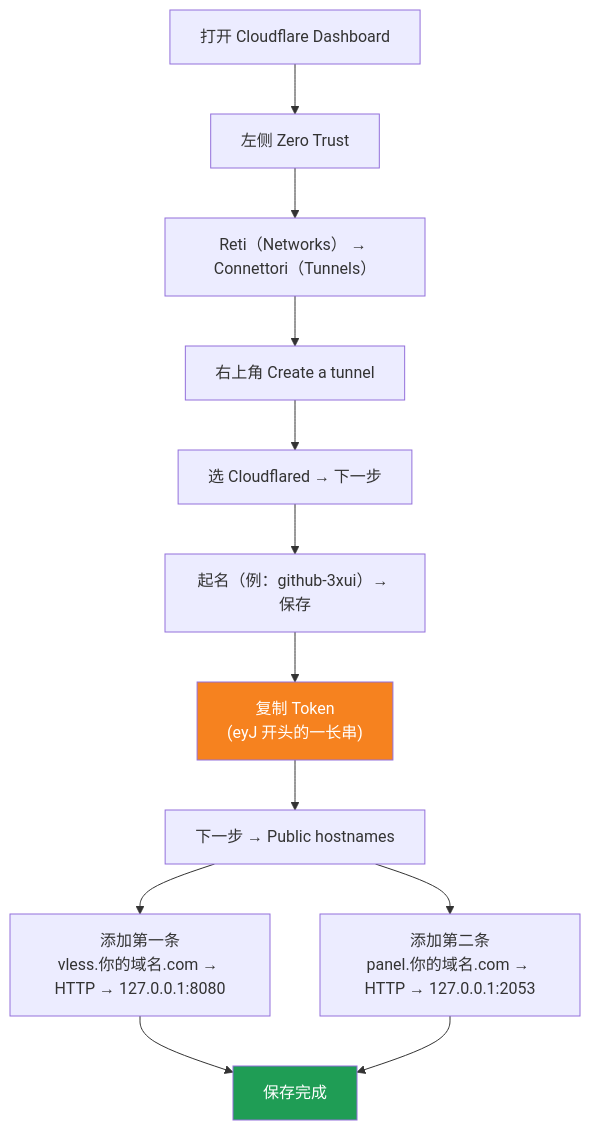
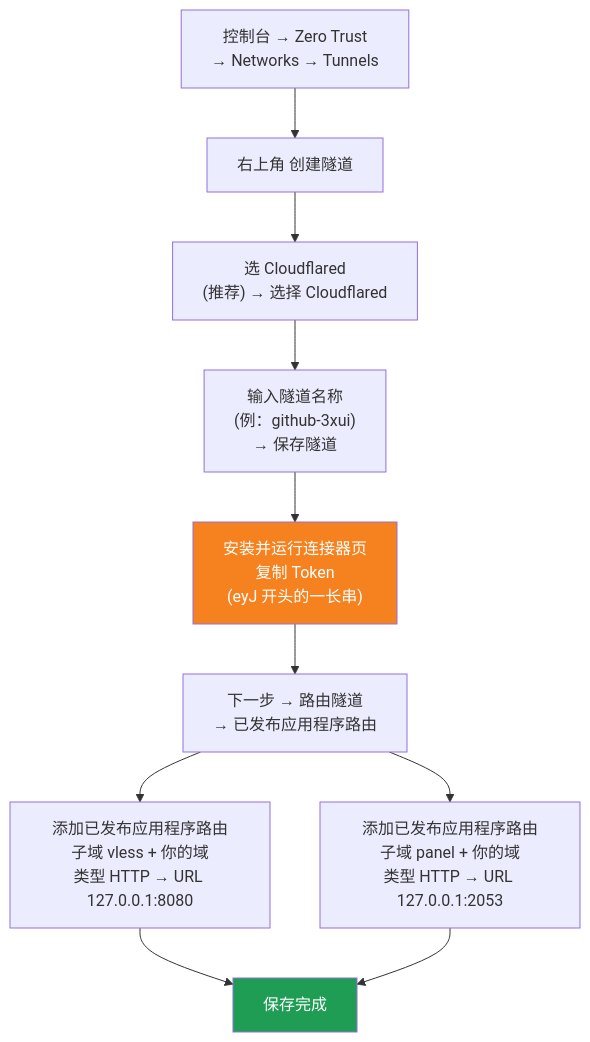
The third of 3 diagrams in README.it.md (1246437945/cloud-3xui), drawn with Mermaid before and after one commit. The commit also changed other lines of this file, not shown here.

````diff
--- a/README.it.md
+++ b/README.it.md
@@ -72,17 +72,15 @@
 ```mermaid
 flowchart TD
-    A["打开 Cloudflare Dashboard"] --> B["左侧 Zero Trust"]
-    B --> C["Reti（Networks） → Connettori（Tunnels）"]
-    C --> D["右上角 Create a tunnel"]
-    D --> E["选 Cloudflared → 下一步"]
-    E --> F["起名（例：github-3xui）→ 保存"]
-    F --> G["复制 Token<br/>(eyJ 开头的一长串)"]
-    G --> H["下一步 → Public hostnames"]
-    H --> I["添加第一条<br/>vless.你的域名.com → HTTP → 127.0.0.1:8080"]
-    H --> J["添加第二条<br/>panel.你的域名.com → HTTP → 127.0.0.1:2053"]
-    I --> K["保存完成"]
-    J --> K
+    A["控制台 → Zero Trust<br/>→ Networks → Tunnels"] --> B["右上角 创建隧道"]
+    B --> C["选 Cloudflared<br/>(推荐) → 选择 Cloudflared"]
+    C --> D["输入隧道名称<br/>(例：github-3xui)<br/>→ 保存隧道"]
+    D --> E["安装并运行连接器页<br/>复制 Token<br/>(eyJ 开头的一长串)"]
+    E --> F["下一步 → 路由隧道<br/>→ 已发布应用程序路由"]
+    F --> G["添加已发布应用程序路由<br/>子域 vless + 你的域<br/>类型 HTTP → URL 127.0.0.1:8080"]
+    F --> H["添加已发布应用程序路由<br/>子域 panel + 你的域<br/>类型 HTTP → URL 127.0.0.1:2053"]
+    G --> I["保存完成"]
+    H --> I
 
-    style G fill:#f6821f,color:#fff
-    style K fill:#1f9d55,color:#fff
+    style E fill:#f6821f,color:#fff
+    style I fill:#1f9d55,color:#fff
 ```
````
